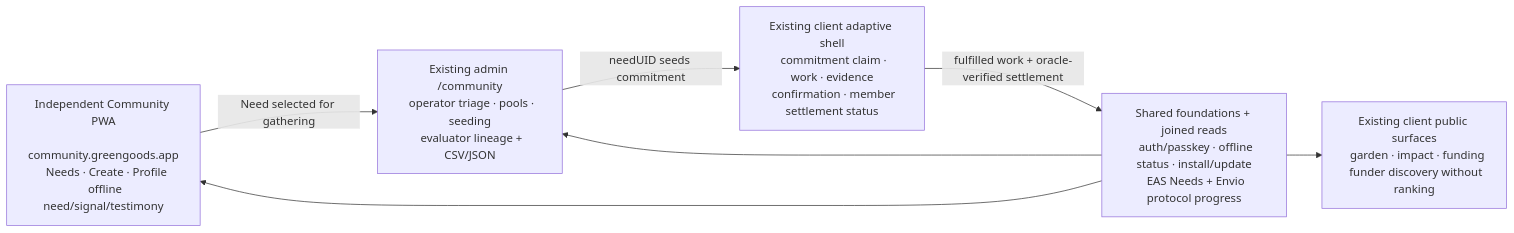
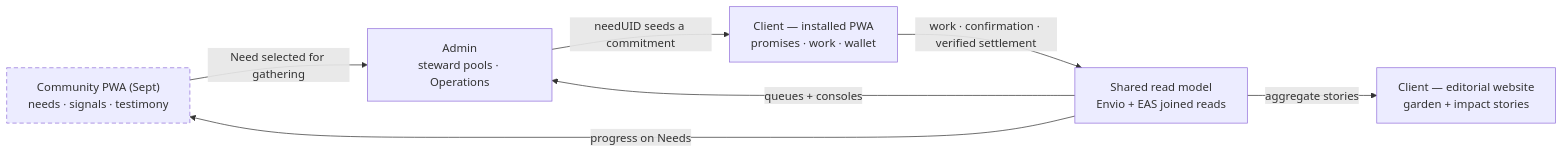
Before and after one commit to greenpill-dev-guild/green-goods: the diagram in .plans/active/commitment-pooling/wireframes.md, drawn with Mermaid. The commit also changed other lines of this file and 20 other files, not shown here.

````diff
--- a/.plans/active/commitment-pooling/wireframes.md
+++ b/.plans/active/commitment-pooling/wireframes.md
@@ -24,26 +25,17 @@
 ```mermaid
 flowchart LR
-  COM["Independent Community PWA
-  community.greengoods.app
-  Needs · Create · Profile
-  offline need/signal/testimony"]
-  ADM["Existing admin /community
-  operator triage · pools · seeding
-  evaluator lineage + CSV/JSON"]
-  PWA["Existing client adaptive shell
-  commitment claim · work · evidence
-  confirmation · member settlement status"]
-  PUB["Existing client public surfaces
-  garden · impact · funding
-  funder discovery without ranking"]
-  READ["Shared foundations + joined reads
-  auth/passkey · offline status · install/update
-  EAS Needs + Envio protocol progress"]
+  classDef planned stroke-dasharray: 6 4
+  COM["Community PWA (Sept)<br/>needs · signals · testimony"]
+  ADM["Admin<br/>steward pools · Operations"]
+  PWA["Client — installed PWA<br/>promises · work · wallet"]
+  PUB["Client — editorial website<br/>garden + impact stories"]
+  READ["Shared read model<br/>Envio + EAS joined reads"]
 
   COM -->|"Need selected for gathering"| ADM
-  ADM -->|"needUID seeds commitment"| PWA
-  PWA -->|"fulfilled work + oracle-verified settlement"| READ
-  READ --> COM
-  READ --> ADM
-  READ --> PUB
+  ADM -->|"needUID seeds a commitment"| PWA
+  PWA -->|"work · confirmation · verified settlement"| READ
+  READ -->|"progress on Needs"| COM
+  READ -->|"queues + consoles"| ADM
+  READ -->|"aggregate stories"| PUB
+  class COM planned
 ```
````
